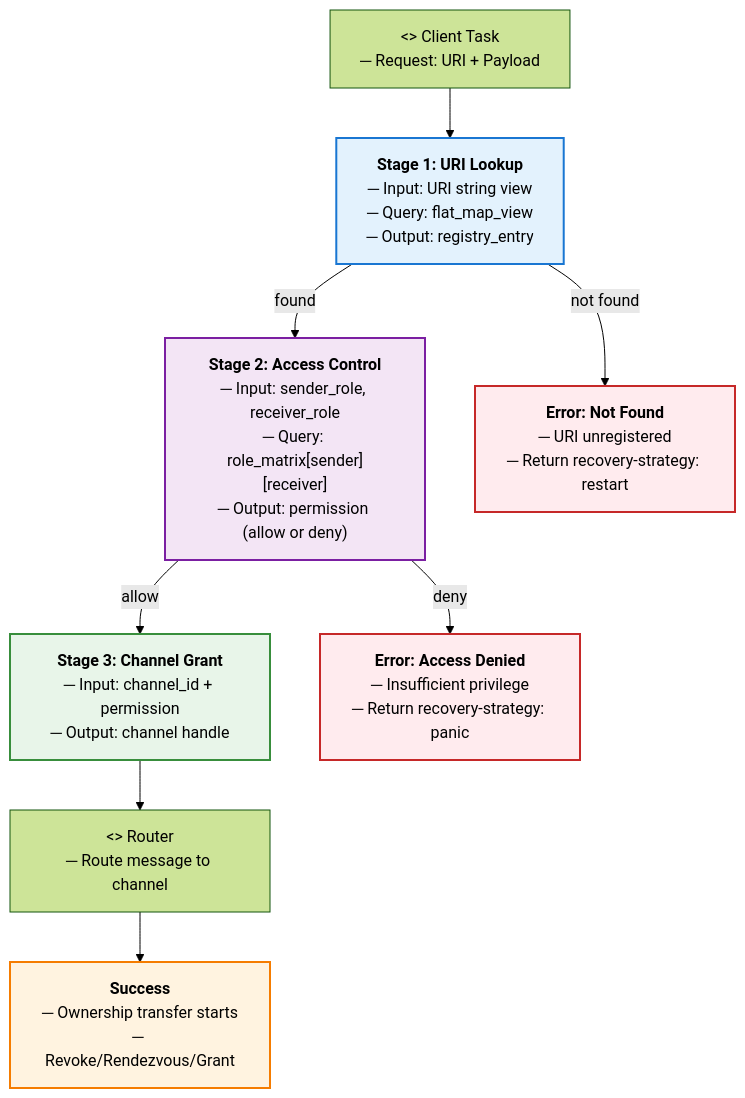
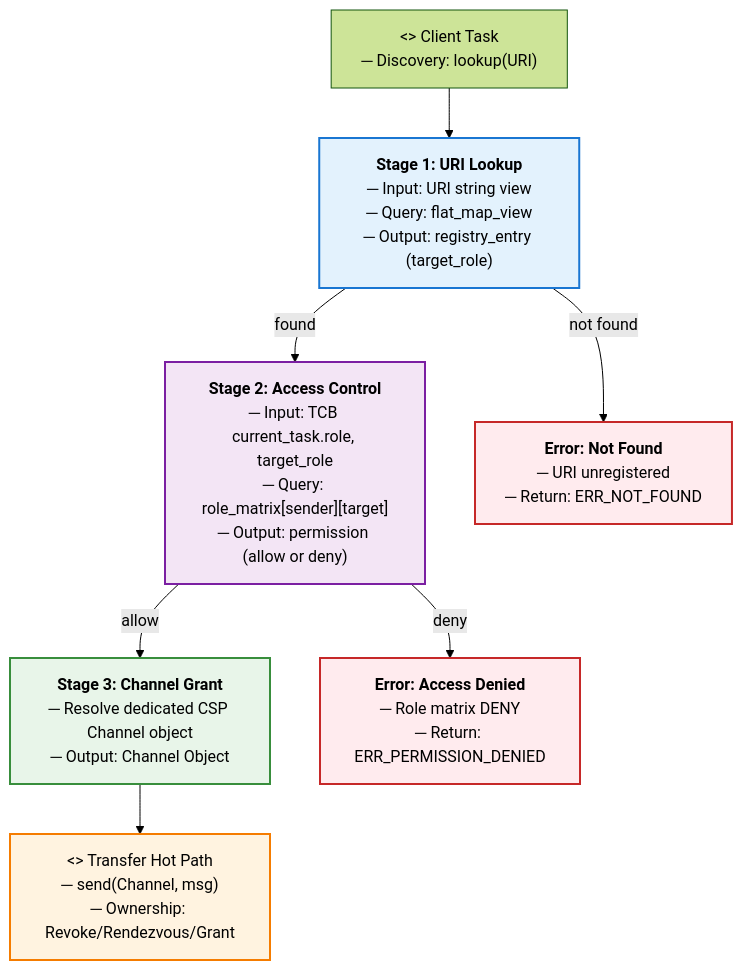
Before and after one commit to kmt-t/fireball: the third of 7 diagrams in docs/components/tier1_interface/ipc_router.md, drawn with Mermaid (forest theme). The commit also changed other lines of this file and 3 other files, not shown here.

Commit message:
docs(ipc): update ipc_router specification and concept code to eliminate role spoofing and use Channel objects

````diff
--- a/docs/components/tier1_interface/ipc_router.md
+++ b/docs/components/tier1_interface/ipc_router.md
@@ -339,33 +331,30 @@
 ```mermaid
 graph TD
-    Client["<<block>> Client Task<br/>─ Request: URI + Payload"]
+    Client["<<block>> Client Task<br/>─ Discovery: lookup(URI)"]
 
-    Lookup["<b>Stage 1: URI Lookup</b><br/>─ Input: URI string view<br/>─ Query: flat_map_view<br/>─ Output: registry_entry"]
+    Lookup["<b>Stage 1: URI Lookup</b><br/>─ Input: URI string view<br/>─ Query: flat_map_view<br/>─ Output: registry_entry (target_role)"]
 
-    ACCheck["<b>Stage 2: Access Control</b><br/>─ Input: sender_role, receiver_role<br/>─ Query: role_matrix[sender][receiver]<br/>─ Output: permission (allow or deny)"]
+    ACCheck["<b>Stage 2: Access Control</b><br/>─ Input: TCB current_task.role, target_role<br/>─ Query: role_matrix[sender][target]<br/>─ Output: permission (allow or deny)"]
 
-    ChGrant["<b>Stage 3: Channel Grant</b><br/>─ Input: channel_id + permission<br/>─ Output: channel handle"]
+    ChGrant["<b>Stage 3: Channel Grant</b><br/>─ Resolve dedicated CSP Channel object<br/>─ Output: Channel Object"]
 
-    Router["<<block>> Router<br/>─ Route message to channel"]
+    Error1["<b>Error: Not Found</b><br/>─ URI unregistered<br/>─ Return: ERR_NOT_FOUND"]
 
-    Error1["<b>Error: Not Found</b><br/>─ URI unregistered<br/>─ Return recovery-strategy: restart"]
+    Error2["<b>Error: Access Denied</b><br/>─ Role matrix DENY<br/>─ Return: ERR_PERMISSION_DENIED"]
 
-    Error2["<b>Error: Access Denied</b><br/>─ Insufficient privilege<br/>─ Return recovery-strategy: panic"]
-
-    Success["<b>Success</b><br/>─ Ownership transfer starts<br/>─ Revoke/Rendezvous/Grant"]
+    Transfer["<<block>> Transfer Hot Path<br/>─ send(Channel, msg)<br/>─ Ownership: Revoke/Rendezvous/Grant"]
 
     Client --> Lookup
     Lookup -->|found| ACCheck
     Lookup -->|not found| Error1
     ACCheck -->|allow| ChGrant
     ACCheck -->|deny| Error2
-    ChGrant --> Router
-    Router --> Success
+    ChGrant --> Transfer
 
     style Lookup fill:#e3f2fd,stroke:#1976d2,stroke-width:2px
     style ACCheck fill:#f3e5f5,stroke:#7b1fa2,stroke-width:2px
     style ChGrant fill:#e8f5e9,stroke:#388e3c,stroke-width:2px
-    style Success fill:#fff3e0,stroke:#f57c00,stroke-width:2px
+    style Transfer fill:#fff3e0,stroke:#f57c00,stroke-width:2px
     style Error1 fill:#ffebee,stroke:#c62828,stroke-width:2px
     style Error2 fill:#ffebee,stroke:#c62828,stroke-width:2px
 ```
````
